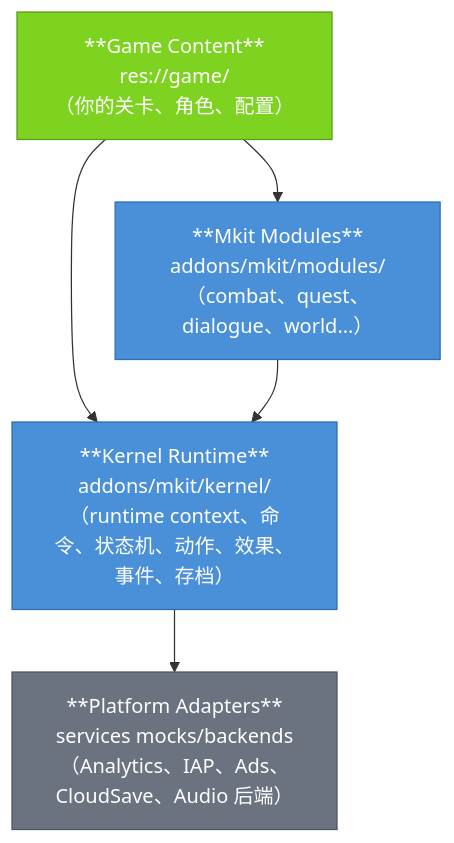
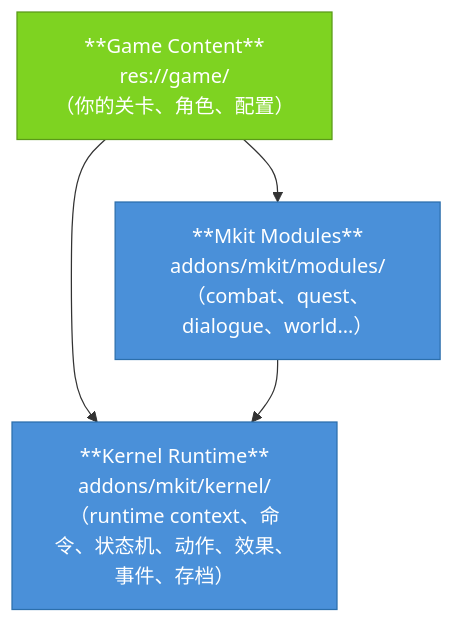
The first of 2 diagrams in docs/readme.md (xiaofeiqiu/mkit), drawn with Mermaid before and after one commit. The commit also changed other lines of this file and 403 other files, not shown here.

````diff
--- a/docs/readme.md
+++ b/docs/readme.md
@@ -9,20 +9,16 @@
 ```mermaid
 flowchart TB
     Game["**Game Content**\nres://game/\n（你的关卡、角色、配置）"]
     Modules["**Mkit Modules**\naddons/mkit/modules/\n（combat、quest、dialogue、world…）"]
     Kernel["**Kernel Runtime**\naddons/mkit/kernel/\n（runtime context、命令、状态机、动作、效果、事件、存档）"]
-    Platform["**Platform Adapters**\nservices mocks/backends\n（Analytics、IAP、Ads、CloudSave、Audio 后端）"]
 
     Game --> Modules
     Game --> Kernel
     Modules --> Kernel
-    Kernel --> Platform
 
     classDef mkitCore fill:#4A90D9,color:#fff,stroke:#2C6FAC
     classDef userOwned fill:#7ED321,color:#fff,stroke:#5A9A18
-    classDef platform  fill:#6B7280,color:#fff,stroke:#4B5563
 
     class Modules,Kernel mkitCore
     class Game userOwned
-    class Platform platform
 ```
````
